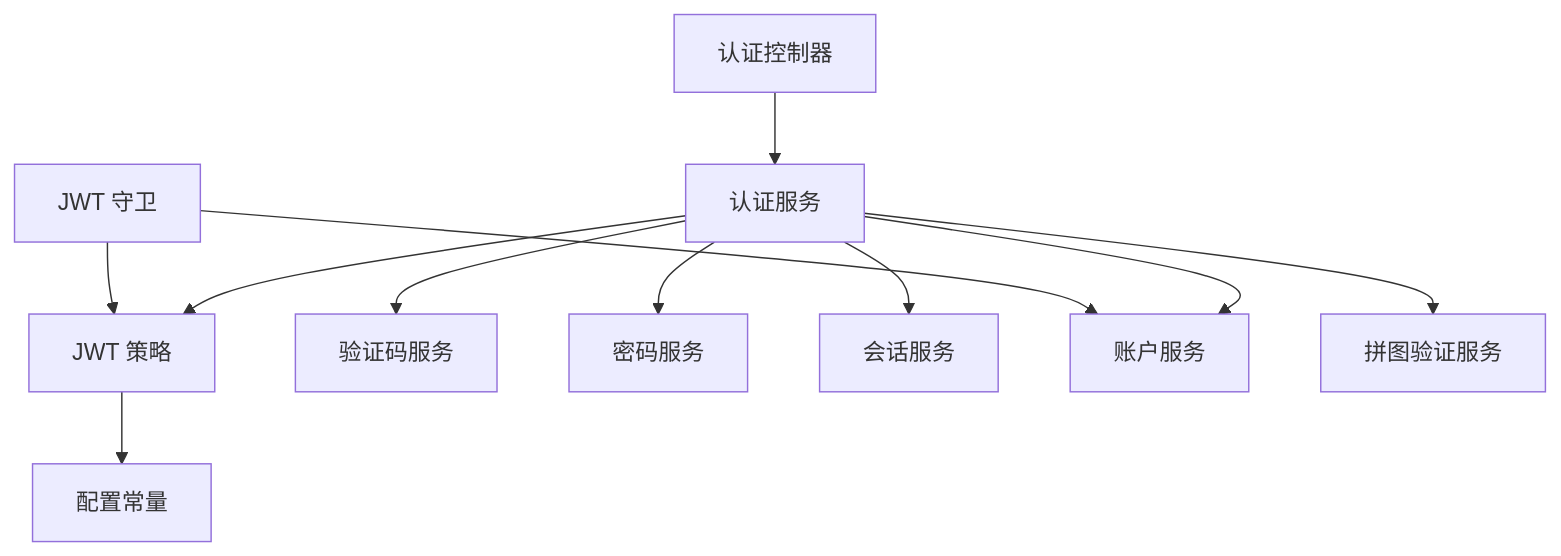
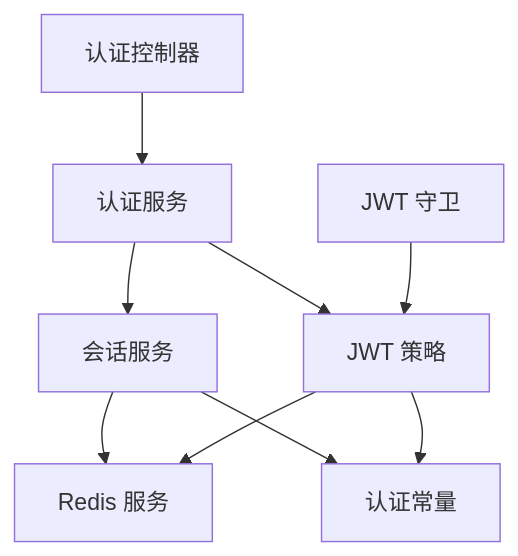
Diagram 13 of 13 in .qoder/repowiki/zh/content/认证授权系统/JWT 认证机制.md (rc558620/purelyprofit-server), drawn with Mermaid before and after one commit. The commit also changed other lines of this file and 18 other files, not shown here.

````diff
--- a/.qoder/repowiki/zh/content/认证授权系统/JWT 认证机制.md
+++ b/.qoder/repowiki/zh/content/认证授权系统/JWT 认证机制.md
@@ -546,13 +481,11 @@
 ```mermaid
 graph TB
 Ctrl["认证控制器"] --> Svc["认证服务"]
 Svc --> Strat["JWT 策略"]
-Svc --> Code["验证码服务"]
-Svc --> Passwd["密码服务"]
 Svc --> Session["会话服务"]
-Svc --> Account["账户服务"]
-Svc --> Captcha["拼图验证服务"]
+Session --> Redis["Redis 服务"]
+Session --> Const["认证常量"]
 Guard["JWT 守卫"] --> Strat
-Guard --> Account
-Strat --> Cfg["配置常量"]
+Strat --> Redis
+Strat --> Const
 ```
````
